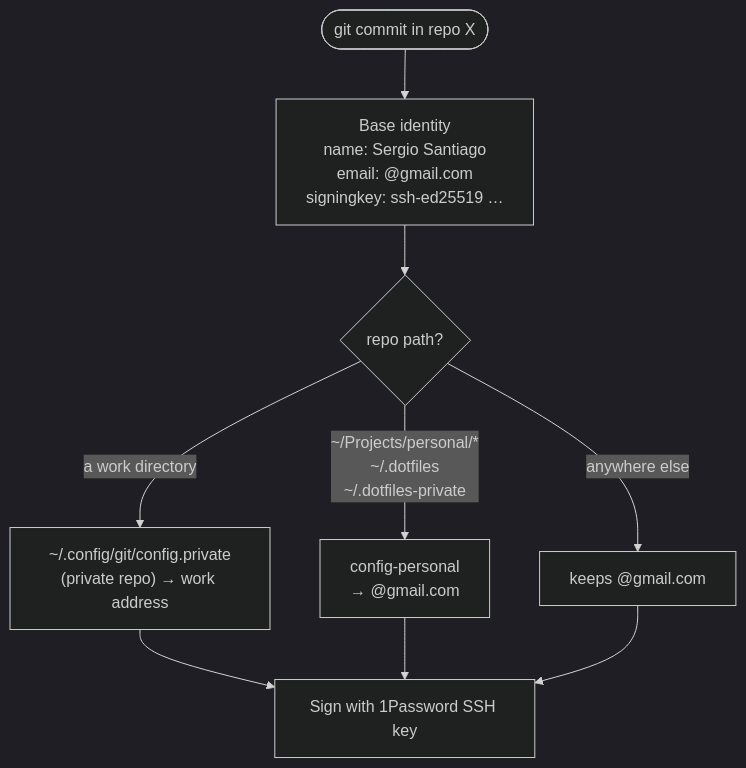
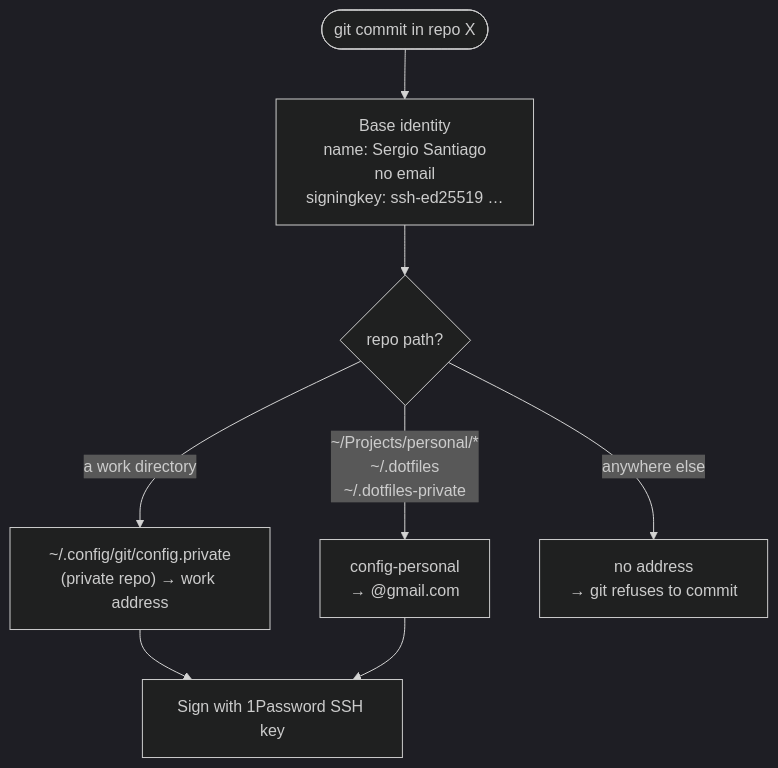
One commit to sergio-santiago/.dotfiles changed the fourth of 4 diagrams in README.md. Above: the diagram before and after it, drawn with Mermaid (dark theme). The commit also changed other lines of this file and 2 other files, not shown here.

First line of the commit message:
docs(git): no default address, and local signature verification

````diff
--- a/README.md
+++ b/README.md
@@ -286,11 +288,10 @@
 ```mermaid
 flowchart TD
-    start(["git commit in repo X"]) --> base["Base identity<br/>name: Sergio Santiago<br/>email: @gmail.com<br/>signingkey: ssh-ed25519 …"]
+    start(["git commit in repo X"]) --> base["Base identity<br/>name: Sergio Santiago<br/>no email<br/>signingkey: ssh-ed25519 …"]
     base --> q{"repo path?"}
     q -->|"a work directory"| w["~/.config/git/config.private<br/>(private repo) → work address"]
     q -->|"~/Projects/personal/*<br/>~/.dotfiles<br/>~/.dotfiles-private"| p["config-personal<br/>→ @gmail.com"]
-    q -->|"anywhere else"| d["keeps @gmail.com"]
+    q -->|"anywhere else"| d["no address<br/>→ git refuses to commit"]
     w --> sign["Sign with 1Password SSH key"]
     p --> sign
-    d --> sign
 ```
````
